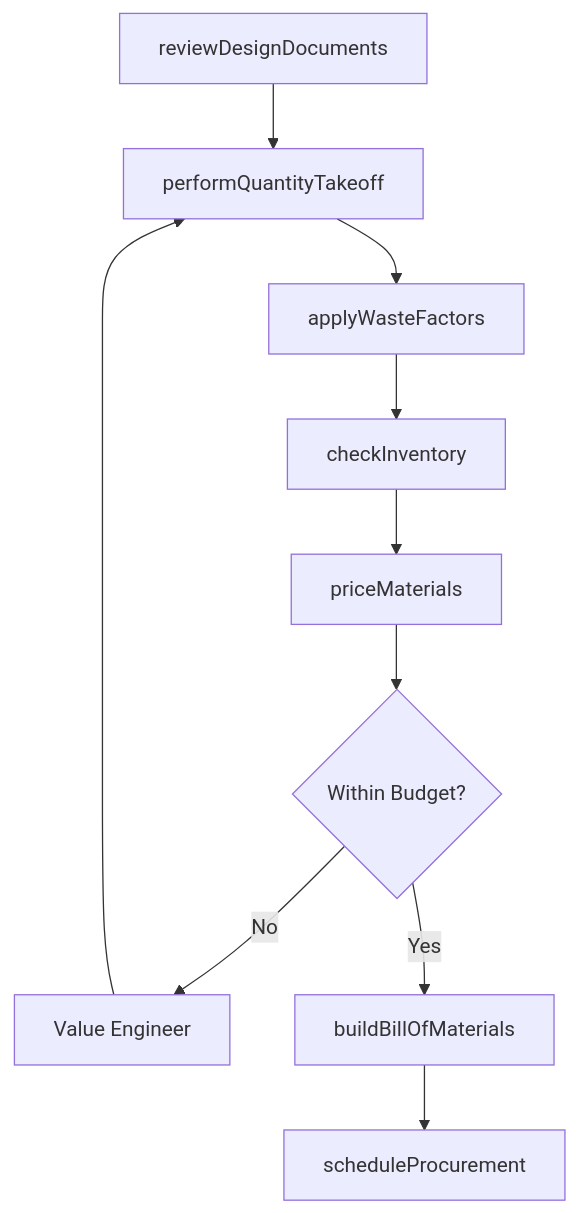
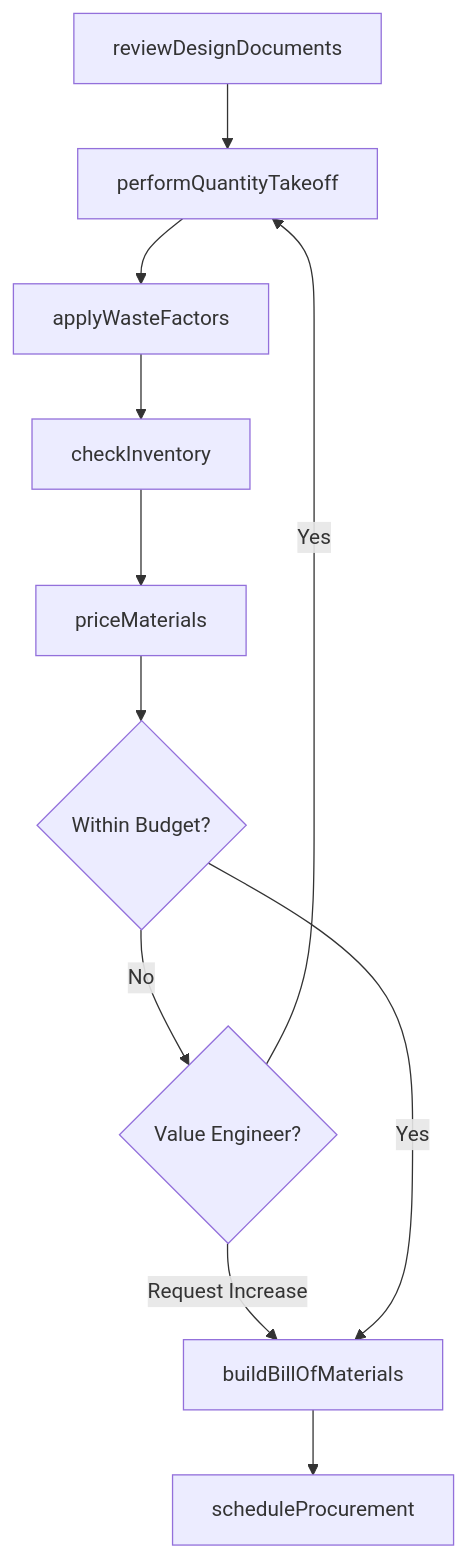
The third of 4 diagrams in MakingDecisionsAndSolvingProblems/DetermineResourceNeedsOfProjectsOrOperations/EstimateMaterialsRequirementsProjects.mdx (dot-org-ai/tasks.org.ai), drawn with Mermaid before and after one commit. The commit also changed other lines of this file and 504 other files, not shown here.

First line of the commit message:
feat: Add ER diagrams, state diagrams, and workflow improvements to 96 DWA task files

````diff
--- a/MakingDecisionsAndSolvingProblems/DetermineResourceNeedsOfProjectsOrOperations/EstimateMaterialsRequirementsProjects.mdx
+++ b/MakingDecisionsAndSolvingProblems/DetermineResourceNeedsOfProjectsOrOperations/EstimateMaterialsRequirementsProjects.mdx
@@ -84,12 +111,13 @@
 ```mermaid
 graph TD
     A[reviewDesignDocuments] --> B[performQuantityTakeoff]
     B --> C[applyWasteFactors]
     C --> D[checkInventory]
     D --> E[priceMaterials]
     E --> F{Within Budget?}
-    F -->|No| G[Value Engineer]
-    G --> B
-    F -->|Yes| H[buildBillOfMaterials]
+    F -->|No| G{Value Engineer?}
+    G -->|Yes| B
+    G -->|Request Increase| H[buildBillOfMaterials]
+    F -->|Yes| H
     H --> I[scheduleProcurement]
 ```
````
